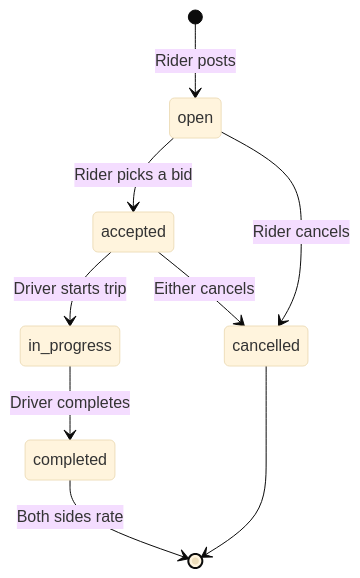
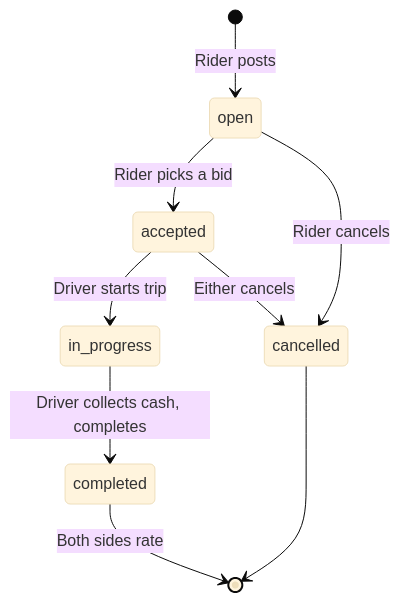
One commit to atifali-pm/drivebid changed the second of 3 diagrams in README.md. Above: the diagram before and after it, drawn with Mermaid (base theme). The commit also changed other lines of this file, not shown here.

First line of the commit message:
README: add live URLs, APK links, mobile features, updated roadmap

````diff
--- a/README.md
+++ b/README.md
@@ -77,11 +116,11 @@
 ```mermaid
 stateDiagram-v2
     [*] --> open: Rider posts
     open --> accepted: Rider picks a bid
     open --> cancelled: Rider cancels
     accepted --> in_progress: Driver starts trip
     accepted --> cancelled: Either cancels
-    in_progress --> completed: Driver completes
+    in_progress --> completed: Driver collects cash, completes
     completed --> [*]: Both sides rate
     cancelled --> [*]
 ```
````
